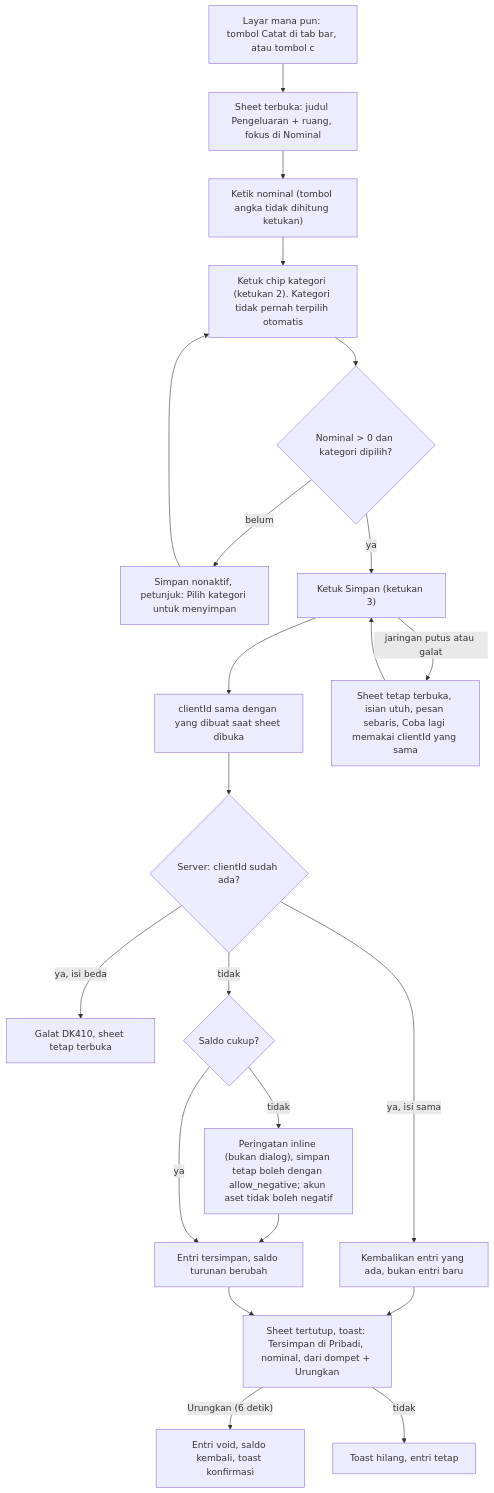
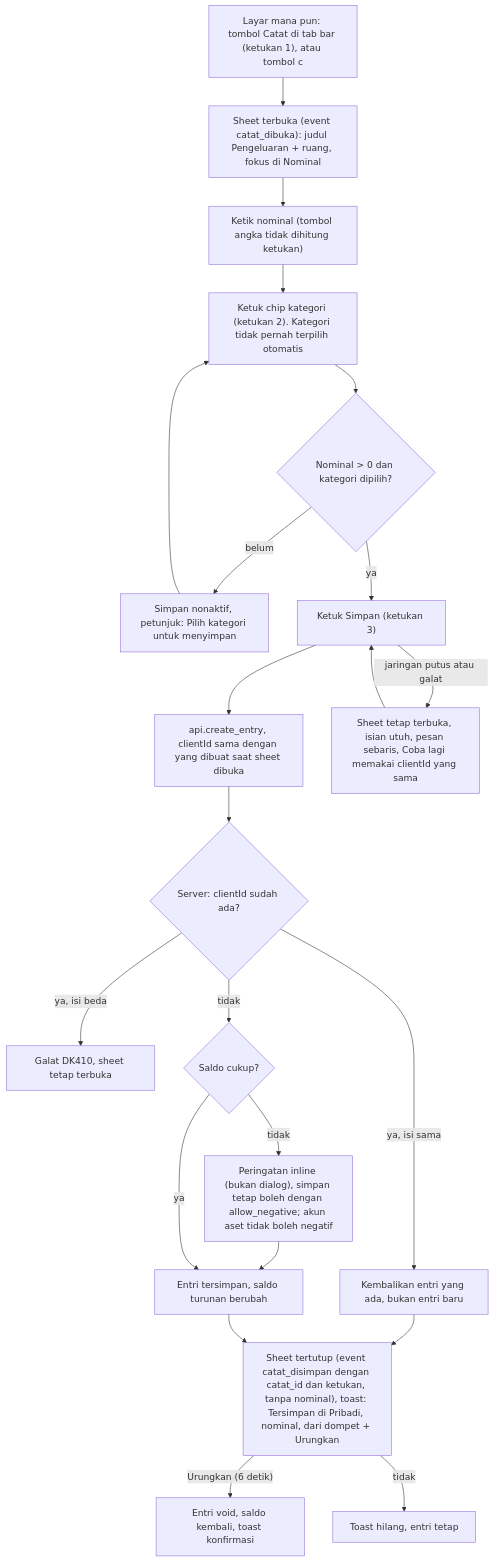
The third of 10 diagrams in docs/product/AFD.md (novandafadly/dompetku-v2), drawn with Mermaid before and after one commit. The commit also changed other lines of this file and 5 other files, not shown here.

````diff
--- a/docs/product/AFD.md
+++ b/docs/product/AFD.md
@@ -68,24 +92,24 @@
 ```mermaid
 flowchart TD
-  A["Layar mana pun: tombol Catat di tab bar, atau tombol c"] --> B["Sheet terbuka: judul Pengeluaran + ruang, fokus di Nominal"]
+  A["Layar mana pun: tombol Catat di tab bar (ketukan 1), atau tombol c"] --> B["Sheet terbuka (event catat_dibuka): judul Pengeluaran + ruang, fokus di Nominal"]
   B --> C["Ketik nominal (tombol angka tidak dihitung ketukan)"]
   C --> D["Ketuk chip kategori (ketukan 2). Kategori tidak pernah terpilih otomatis"]
   D --> E{"Nominal > 0 dan kategori dipilih?"}
   E -- "belum" --> E1["Simpan nonaktif, petunjuk: Pilih kategori untuk menyimpan"]
   E1 --> D
   E -- "ya" --> F["Ketuk Simpan (ketukan 3)"]
-  F --> G["clientId sama dengan yang dibuat saat sheet dibuka"]
+  F --> G["api.create_entry, clientId sama dengan yang dibuat saat sheet dibuka"]
   G --> H{"Server: clientId sudah ada?"}
   H -- "ya, isi sama" --> I["Kembalikan entri yang ada, bukan entri baru"]
   H -- "ya, isi beda" --> J["Galat DK410, sheet tetap terbuka"]
   H -- "tidak" --> K{"Saldo cukup?"}
   K -- "tidak" --> K1["Peringatan inline (bukan dialog), simpan tetap boleh dengan allow_negative; akun aset tidak boleh negatif"]
   K1 --> L
   K -- "ya" --> L["Entri tersimpan, saldo turunan berubah"]
   I --> M
-  L --> M["Sheet tertutup, toast: Tersimpan di Pribadi, nominal, dari dompet + Urungkan"]
+  L --> M["Sheet tertutup (event catat_disimpan dengan catat_id dan ketukan, tanpa nominal), toast: Tersimpan di Pribadi, nominal, dari dompet + Urungkan"]
   M -- "Urungkan (6 detik)" --> N["Entri void, saldo kembali, toast konfirmasi"]
   M -- "tidak" --> O["Toast hilang, entri tetap"]
   F -- "jaringan putus atau galat" --> P["Sheet tetap terbuka, isian utuh, pesan sebaris, Coba lagi memakai clientId yang sama"]
   P --> F
 ```
````
